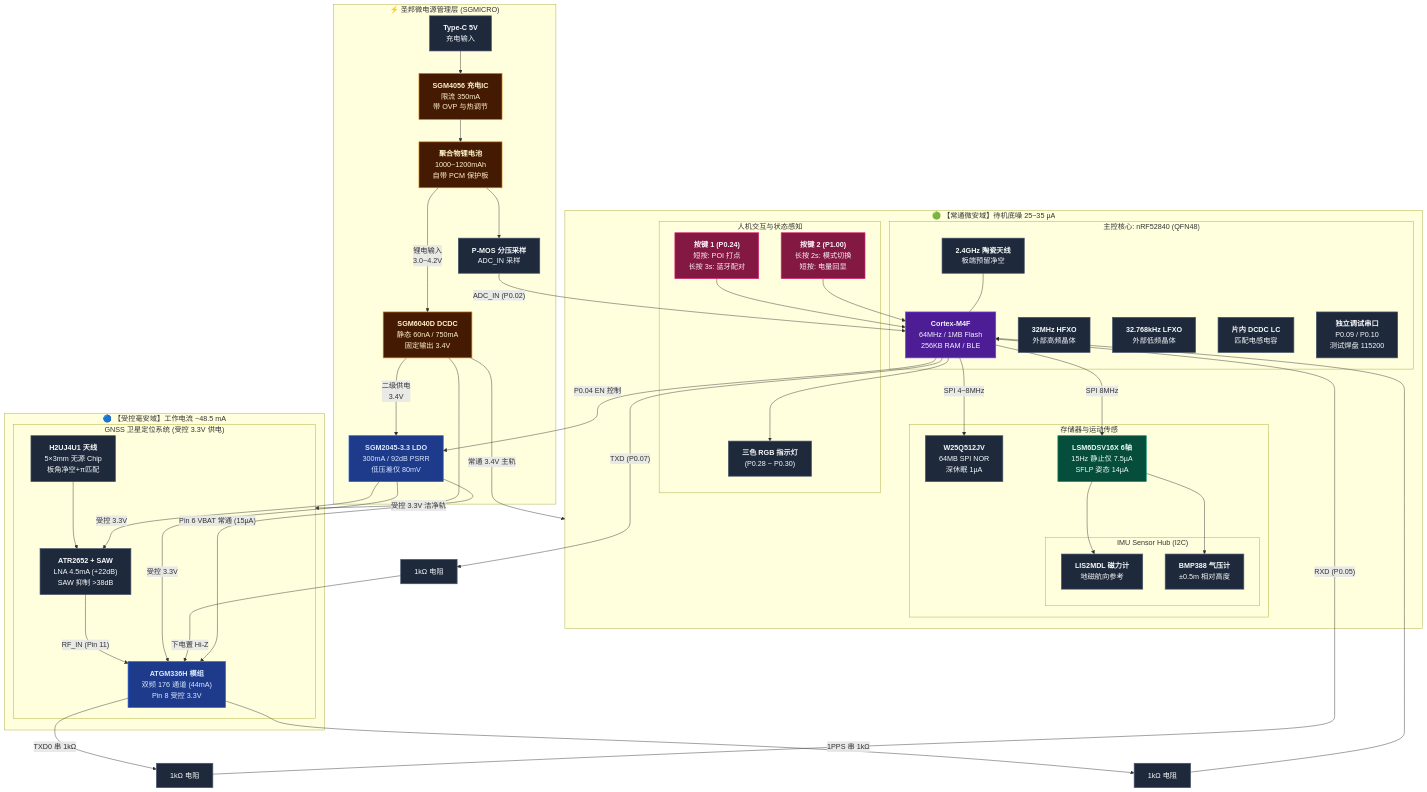
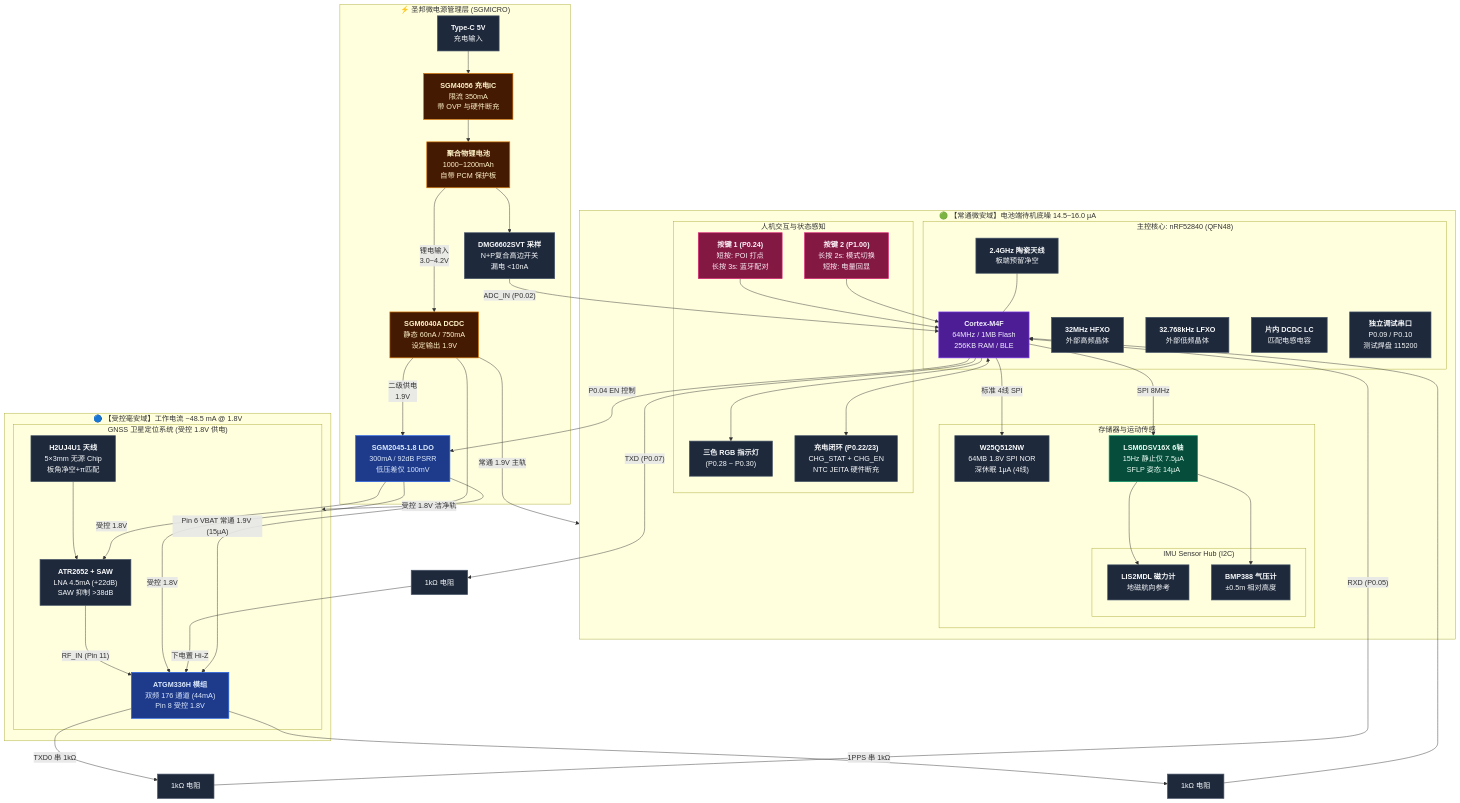
The first of 6 diagrams in README.md (suntyrael/Life_GPS), drawn with Mermaid before and after one commit. The commit also changed other lines of this file and 2 other files, not shown here.

````diff
--- a/README.md
+++ b/README.md
@@ -263,76 +283,78 @@
 ```mermaid
 flowchart TB
     %% 样式定义
     classDef pwr fill:#451a03,stroke:#d97706,stroke-width:1.5px,color:#fef3c7;
     classDef aon fill:#064e3b,stroke:#059669,stroke-width:1.5px,color:#ecfdf5;
     classDef sw fill:#1e3a8a,stroke:#2563eb,stroke-width:1.5px,color:#dbeafe;
     classDef mcu fill:#4c1d95,stroke:#7c3aed,stroke-width:1.5px,color:#f5f3ff;
     classDef dev fill:#1e293b,stroke:#475569,stroke-width:1.5px,color:#f8fafc;
     classDef key fill:#831843,stroke:#db2777,stroke-width:1.5px,color:#fdf2f8;
 
     %% 顶部电源管理层
     subgraph POWER_LAYER ["⚡ 圣邦微电源管理层 (SGMICRO)"]
-        USB_IN["<b>Type-C 5V</b><br/>充电输入"]:::dev --> SGM4056["<b>SGM4056 充电IC</b><br/>限流 350mA<br/>带 OVP 与热调节"]:::pwr
+        USB_IN["<b>Type-C 5V</b><br/>充电输入"]:::dev --> SGM4056["<b>SGM4056 充电IC</b><br/>限流 350mA<br/>带 OVP 与硬件断充"]:::pwr
         SGM4056 --> BAT["<b>聚合物锂电池</b><br/>1000~1200mAh<br/>自带 PCM 保护板"]:::pwr
-        BAT --> BAT_ADC["<b>P-MOS 分压采样</b><br/>ADC_IN 采样"]:::dev
+        BAT --> BAT_ADC["<b>DMG6602SVT 采样</b><br/>N+P复合高边开关<br/>漏电 &lt;10nA"]:::dev
         
-        BAT -->|"锂电输入<br/>3.0~4.2V"| SGM6040D["<b>SGM6040D DCDC</b><br/>静态 60nA / 750mA<br/>固定输出 3.4V"]:::pwr
-        SGM6040D -->|"二级供电<br/>3.4V"| SGM2045["<b>SGM2045-3.3 LDO</b><br/>300mA / 92dB PSRR<br/>低压差仅 80mV"]:::sw
+        BAT -->|"锂电输入<br/>3.0~4.2V"| SGM6040A["<b>SGM6040A DCDC</b><br/>静态 60nA / 750mA<br/>设定输出 1.9V"]:::pwr
+        SGM6040A -->|"二级供电<br/>1.9V"| SGM2045["<b>SGM2045-1.8 LDO</b><br/>300mA / 92dB PSRR<br/>低压差仅 100mV"]:::sw
     end
 
-    SGM6040D -->|"常通 3.4V 主轨"| AON_DOMAIN
-    SGM2045 -->|"受控 3.3V 洁净轨"| GNSS_SUBSYSTEM
+    SGM6040A -->|"常通 1.9V 主轨"| AON_DOMAIN
+    SGM2045 -->|"受控 1.8V 洁净轨"| GNSS_SUBSYSTEM
 
-    subgraph AON_DOMAIN ["🟢 【常通微安域】待机底噪 25~35 µA"]
+    subgraph AON_DOMAIN ["🟢 【常通微安域】电池端待机底噪 14.5~16.0 µA"]
         subgraph MCU_NODE ["主控核心: nRF52840 (QFN48)"]
             MCU_CORE["<b>Cortex-M4F</b><br/>64MHz / 1MB Flash<br/>256KB RAM / BLE"]:::mcu
             CLK_HFXO["<b>32MHz HFXO</b><br/>外部高频晶体"]:::dev
             CLK_LFXO["<b>32.768kHz LFXO</b><br/>外部低频晶体"]:::dev
             DCDC_LC["<b>片内 DCDC LC</b><br/>匹配电感电容"]:::dev
             DBG_UART["<b>独立调试串口</b><br/>P0.09 / P0.10<br/>测试焊盘 115200"]:::dev
             BLE_ANT["<b>2.4GHz 陶瓷天线</b><br/>板端预留净空"]:::dev
             BLE_ANT --- MCU_CORE
         end
 
         subgraph INTERACTION ["人机交互与状态感知"]
             KEY1["<b>按键 1 (P0.24)</b><br/>短按: POI 打点<br/>长按 3s: 蓝牙配对"]:::key
             KEY2["<b>按键 2 (P1.00)</b><br/>长按 2s: 模式切换<br/>短按: 电量回显"]:::key
             LEDS["<b>三色 RGB 指示灯</b><br/>(P0.28 ~ P0.30)"]:::dev
+            CHG_SENSE["<b>充电闭环 (P0.22/23)</b><br/>CHG_STAT + CHG_EN<br/>NTC JEITA 硬件断充"]:::dev
         end
 
         subgraph STORAGE_IMU ["存储器与运动传感"]
-            FLASH["<b>W25Q512JV</b><br/>64MB SPI NOR<br/>深休眠 1µA"]:::dev
+            FLASH["<b>W25Q512NW</b><br/>64MB 1.8V SPI NOR<br/>深休眠 1µA (4线)"]:::dev
             IMU["<b>LSM6DSV16X 6轴</b><br/>15Hz 静止仅 7.5µA<br/>SFLP 姿态 14µA"]:::aon
             
             subgraph SENSOR_HUB ["IMU Sensor Hub (I2C)"]
                 MAG["<b>LIS2MDL 磁力计</b><br/>地磁航向参考"]:::dev
                 BARO["<b>BMP388 气压计</b><br/>±0.5m 相对高度"]:::dev
             end
         end
     end
 
-    subgraph SW_DOMAIN ["🔵 【受控毫安域】工作电流 ~48.5 mA"]
-        subgraph GNSS_SUBSYSTEM ["GNSS 卫星定位系统 (受控 3.3V 供电)"]
-            GNSS["<b>ATGM336H 模组</b><br/>双频 176 通道 (44mA)<br/>Pin 8 受控 3.3V"]:::sw
+    subgraph SW_DOMAIN ["🔵 【受控毫安域】工作电流 ~48.5 mA @ 1.8V"]
+        subgraph GNSS_SUBSYSTEM ["GNSS 卫星定位系统 (受控 1.8V 供电)"]
+            GNSS["<b>ATGM336H 模组</b><br/>双频 176 通道 (44mA)<br/>Pin 8 受控 1.8V"]:::sw
             PASSIVE_ANT["<b>H2UJ4U1 天线</b><br/>5×3mm 无源 Chip<br/>板角净空+π匹配"]:::dev
             LNA_SAW["<b>ATR2652 + SAW</b><br/>LNA 4.5mA (+22dB)<br/>SAW 抑制 &gt;38dB"]:::dev
             PASSIVE_ANT --> LNA_SAW
             LNA_SAW -->|"RF_IN (Pin 11)"| GNSS
         end
     end
 
     %% 跨域控制、防倒灌电阻与数据连线
     MCU_CORE -->|"P0.04 EN 控制"| SGM2045
-    SGM2045 -->|"受控 3.3V"| GNSS & LNA_SAW
+    SGM2045 -->|"受控 1.8V"| GNSS & LNA_SAW
     GNSS -->|"TXD0 串 1kΩ"| R_RX["1kΩ 电阻"]:::dev -->|"RXD (P0.05)"| MCU_CORE
     MCU_CORE -->|"TXD (P0.07)"| R_TX["1kΩ 电阻"]:::dev -->|"下电置 Hi-Z"| GNSS
     GNSS -->|"1PPS 串 1kΩ"| R_PPS["1kΩ 电阻"]:::dev --> MCU_CORE
-    SGM6040D -->|"Pin 6 VBAT 常通 (15µA)"| GNSS
+    SGM6040A -->|"Pin 6 VBAT 常通 1.9V (15µA)"| GNSS
 
     MCU_CORE -->|"SPI 8MHz"| IMU
     IMU --> MAG & BARO
-    MCU_CORE -->|"SPI 4~8MHz"| FLASH
+    MCU_CORE -->|"标准 4线 SPI"| FLASH
     KEY1 & KEY2 --> MCU_CORE
     MCU_CORE --> LEDS
+    MCU_CORE <--> CHG_SENSE
     BAT_ADC -->|"ADC_IN (P0.02)"| MCU_CORE
 ```
````
